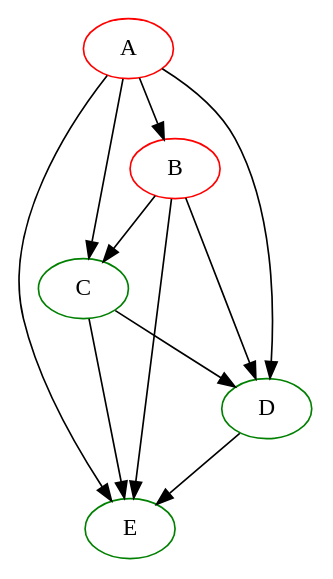
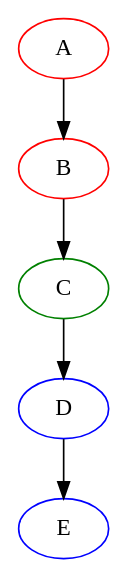
The diagram in TP2/img/visu2.ps.dot (basaile92/Graphes_ARO), drawn with Graphviz before and after one commit. The commit also changed 26 other files, not shown here.

```diff
--- a/TP2/img/visu2.ps.dot
+++ b/TP2/img/visu2.ps.dot
@@ -1,17 +1,11 @@
 digraph {
 A [color=red]
 B [color=red]
 C [color=green]
-D [color=green]
-E [color=green]
+D [color=blue]
+E [color=blue]
  A -> B
- A -> C
- A -> D
- A -> E
  B -> C
- B -> D
- B -> E
  C -> D
- C -> E
  D -> E
 }
```
